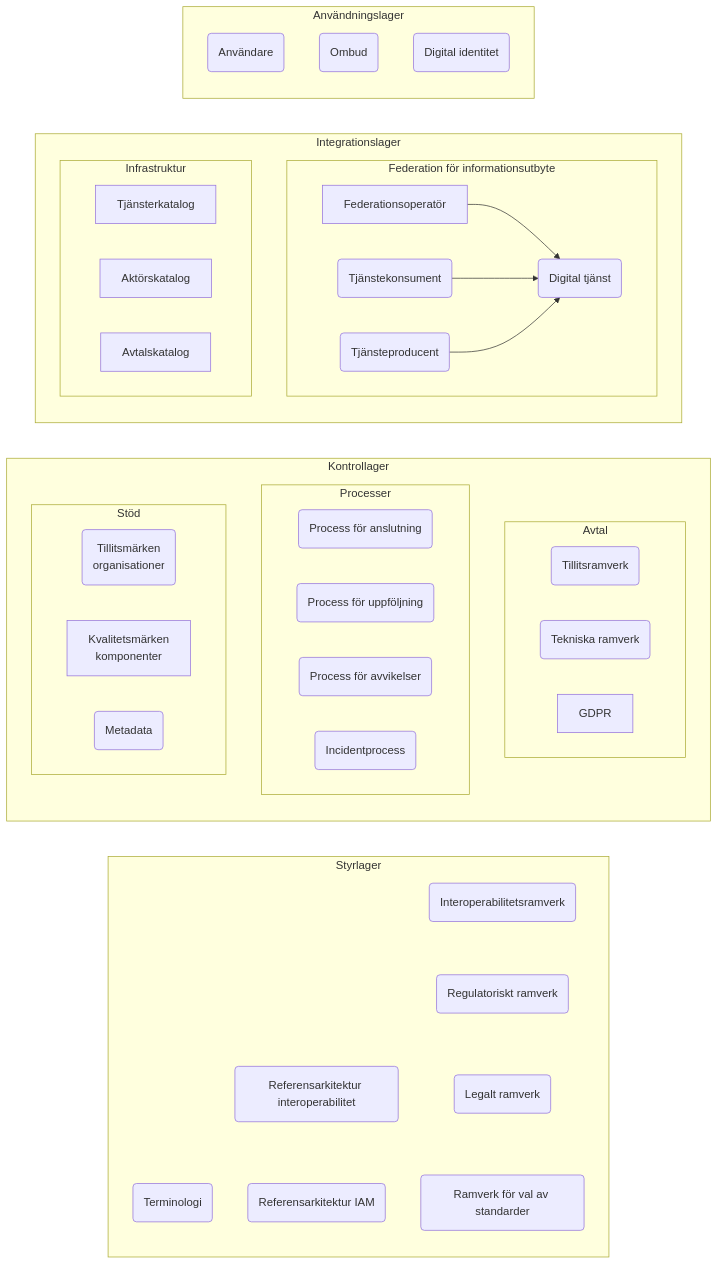
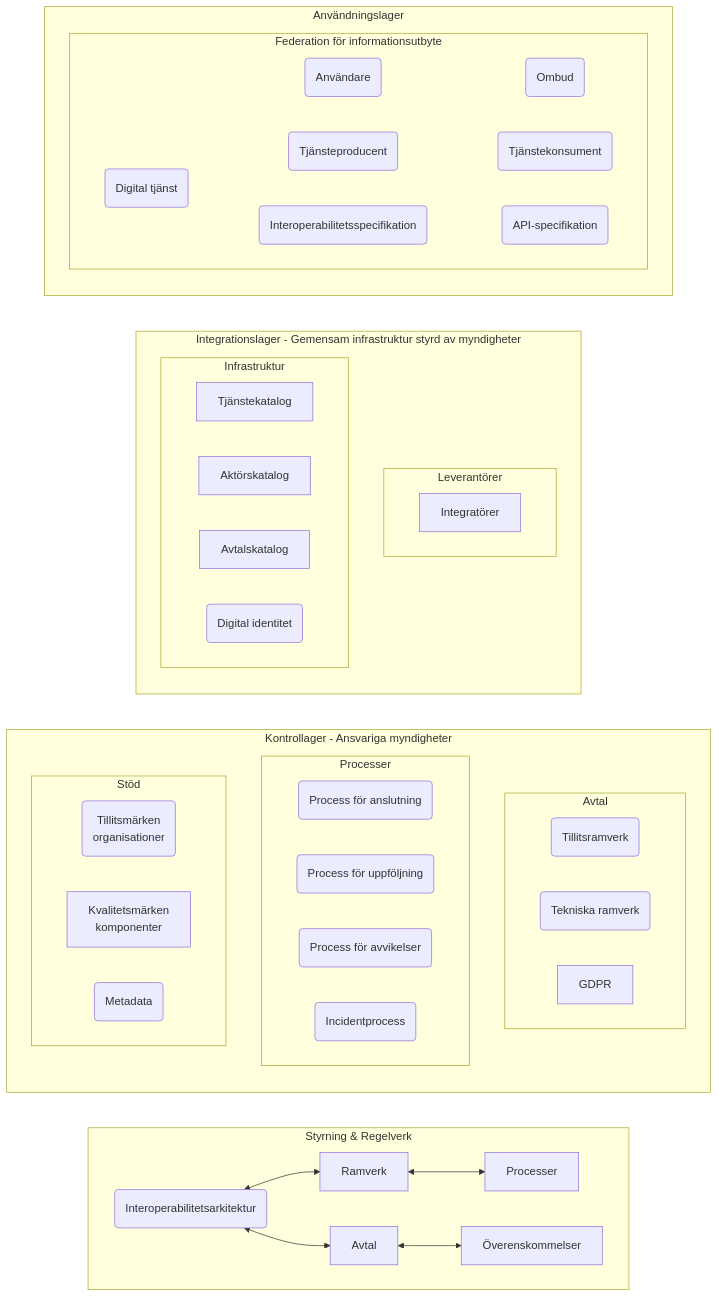
One commit to diggsweden/ena-authorization changed the diagram in architecture/diagrams/lager.md. Above: the diagram before and after it, drawn with Mermaid. The commit also changed other lines of this file, not shown here.

````diff
--- a/architecture/diagrams/lager.md
+++ b/architecture/diagrams/lager.md
@@ -2,64 +2,68 @@
 ```mermaid
 graph TB
-subgraph l1[Styrlager]
-    direction TB
-    l1t(Terminologi)
+subgraph l1[Styrning & Regelverk]
+    ia(Interoperabilitetsarkitektur)
+    <-->Ramverk
+    <-->Processer
+    ia
+    <-->Avtal
+    <-->Överenskommelser
     
-    l1i(Referensarkitektur interoperabilitet)
-    ~~~l1iam(Referensarkitektur IAM)
-    
-    l1p(Interoperabilitetsramverk)
-    ~~~l1r(Regulatoriskt ramverk)
-    ~~~l1l(Legalt ramverk)
-    ~~~l1s(Ramverk för val av standarder)
     
 end
 
-subgraph l2[Kontrollager]
+subgraph l2[Kontrollager - Ansvariga myndigheter]
     direction TB
     subgraph l2a[Avtal]
         tr(Tillitsramverk)
         fa(Tekniska ramverk)
         GDPR
     end
     subgraph l2p[Processer]
         pan(Process för anslutning)
         pu(Process för uppföljning)
         pav(Process för avvikelser)
         pi(Incidentprocess)
     end
     subgraph l2s[Stöd]
         tm(Tillitsmärken<br>organisationer)
         qa[Kvalitetsmärken<br>komponenter]
         mk(Metadata)
     end
 end
 
-subgraph l3[Integrationslager]
+subgraph l3[Integrationslager - Gemensam infrastruktur styrd av myndigheter]
     direction TB
-    subgraph l3a[Federation för informationsutbyte]
-        p(Tjänsteproducent)
-        k(Tjänstekonsument)
-        t(Digital tjänst)
+    subgraph lev[Leverantörer]
+        Integratörer
 
-        Federationsoperatör-->t
-        k-->t
-        p-->t
     end
+
     subgraph infra[Infrastruktur]
-        Tjänsterkatalog
+        Tjänstekatalog
         Aktörskatalog
         Avtalskatalog
-
+        di(Digital identitet)
     end
 end
 
 subgraph l4[Användningslager]
     direction TB
-    u(Användare)
-    o(Ombud)
-    di(Digital identitet)
+    subgraph l3a[Federation för informationsutbyte]
+        u(Användare)
+        o(Ombud)
+        p(Tjänsteproducent)
+        k(Tjänstekonsument)
+        t(Digital tjänst)
+        i(Interoperabilitetsspecifikation)
+        a(API-specifikation)
+
+        u~~~o
+        t~~~p & i
+        p~~~k
+        i~~~a
+    end
 end
 
 l4 ~~~ l3 ~~~ l2 ~~~ l1
 ```
````
